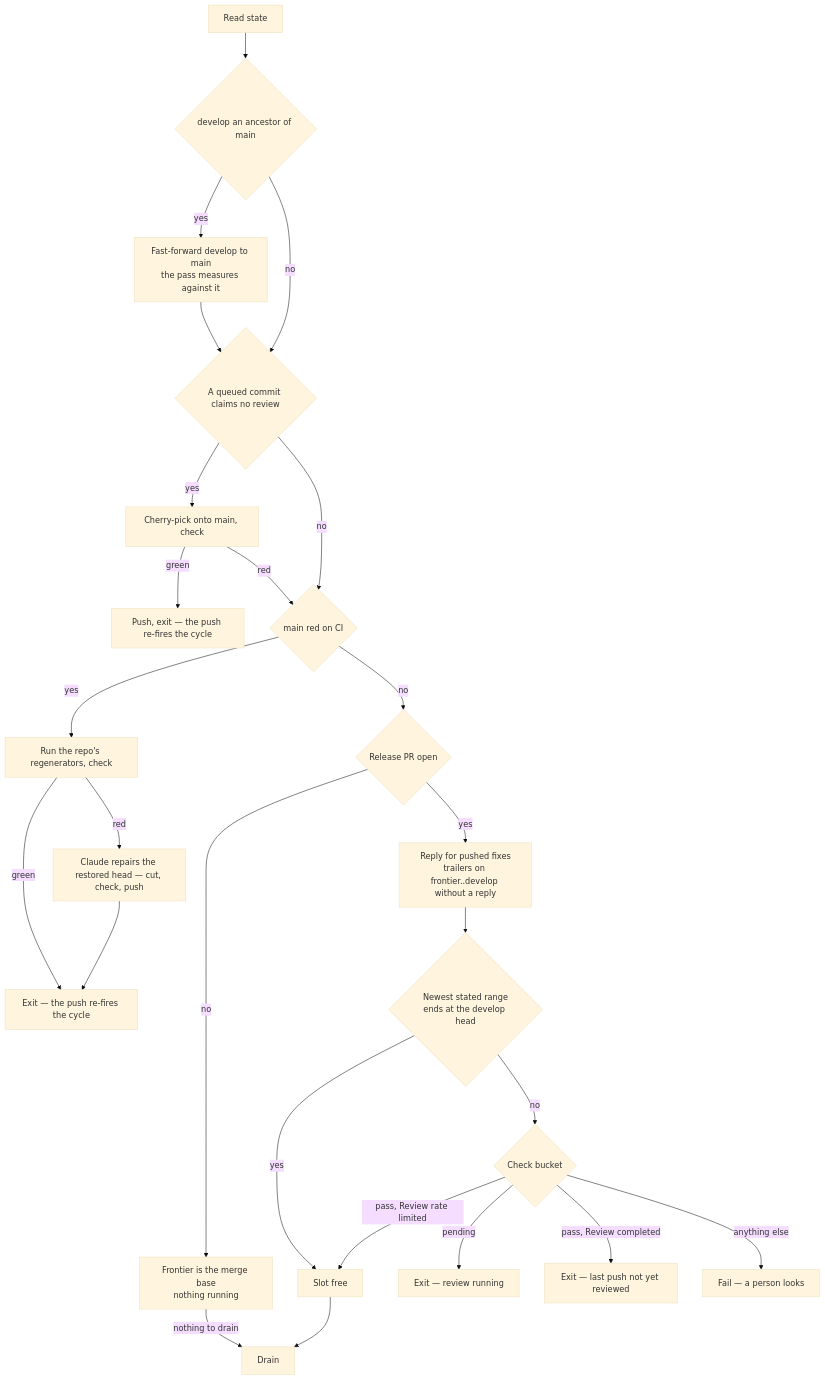
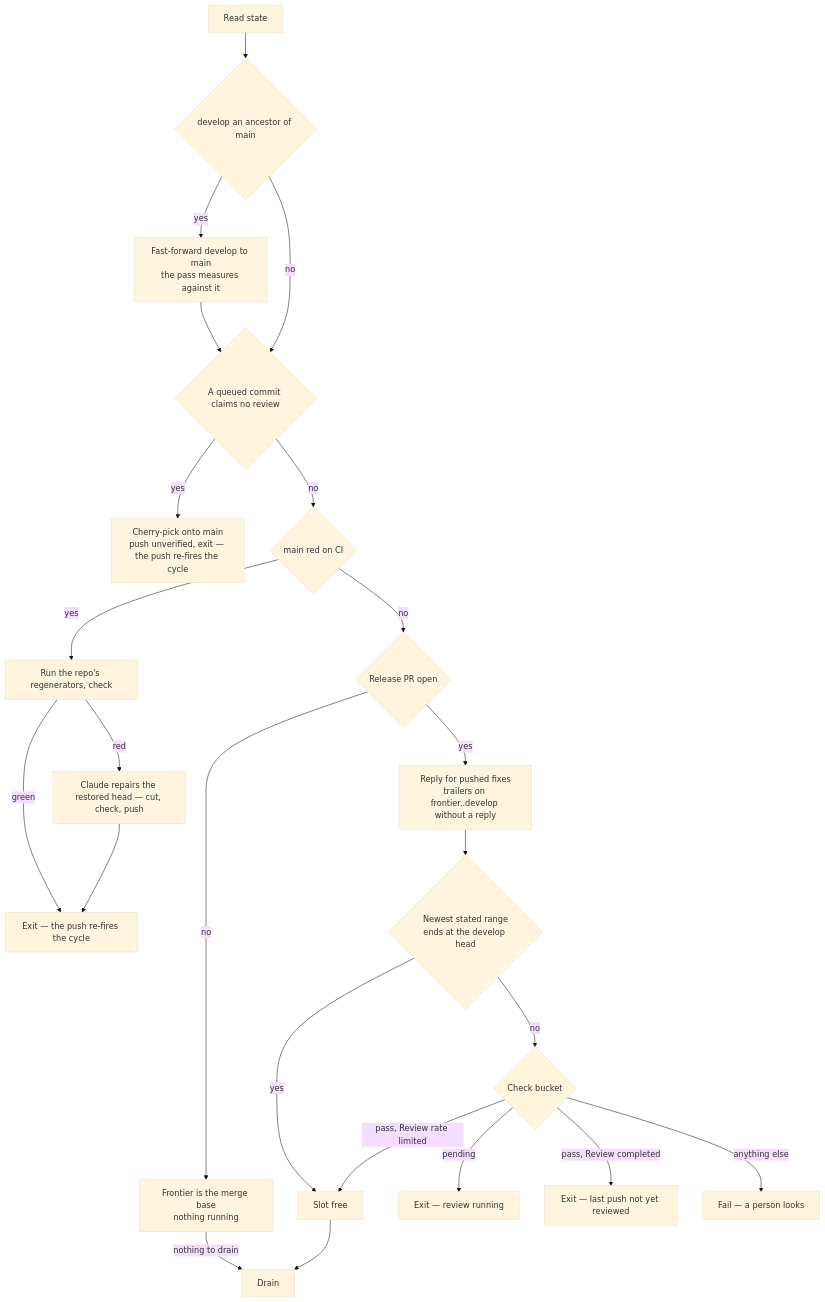
Before and after one commit to Esposter/Esposter: the first of 4 diagrams in apps/web/content/docs/infra/review-collector/collection-cycle.md, drawn with Mermaid (base theme). The commit also changed other lines of this file and 3 other files, not shown here.

First line of the commit message:
docs(review-collector): the express cut is unverified in the flows and notes that still checked it

````diff
--- a/apps/web/content/docs/infra/review-collector/collection-cycle.md
+++ b/apps/web/content/docs/infra/review-collector/collection-cycle.md
@@ -41,24 +41,22 @@
 ```mermaid
 flowchart TD
   S[Read state] --> RS{develop an ancestor of main}
   RS -->|yes| FF[Fast-forward develop to main<br/>the pass measures against it] --> EL
   RS -->|no| EL{A queued commit claims no review}
-  EL -->|yes| CP[Cherry-pick onto main, check]
-  CP -->|green| X3[Push, exit — the push re-fires the cycle]
-  CP -->|red| MR
+  EL -->|yes| X3[Cherry-pick onto main<br/>push unverified, exit — the push re-fires the cycle]
   EL -->|no| MR{main red on CI}
   MR -->|yes| RG[Run the repo's regenerators, check]
   RG -->|green| X6[Exit — the push re-fires the cycle]
   RG -->|red| RP[Claude repairs the restored head — cut, check, push] --> X6
   MR -->|no| PR{Release PR open}
   PR -->|no| MB[Frontier is the merge base<br/>nothing running] -->|nothing to drain| D
   PR -->|yes| RE[Reply for pushed fixes<br/>trailers on frontier..develop without a reply]
   RE --> B{Newest stated range<br/>ends at the develop head}
   B -->|yes| OK[Slot free]
   B -->|no| ST{Check bucket}
   ST -->|pending| X1[Exit — review running]
   ST -->|pass, Review completed| X2[Exit — last push not yet reviewed]
   ST -->|pass, Review rate limited| OK
   ST -->|anything else| X4[Fail — a person looks]
   OK --> D[Drain]
 ```
````
